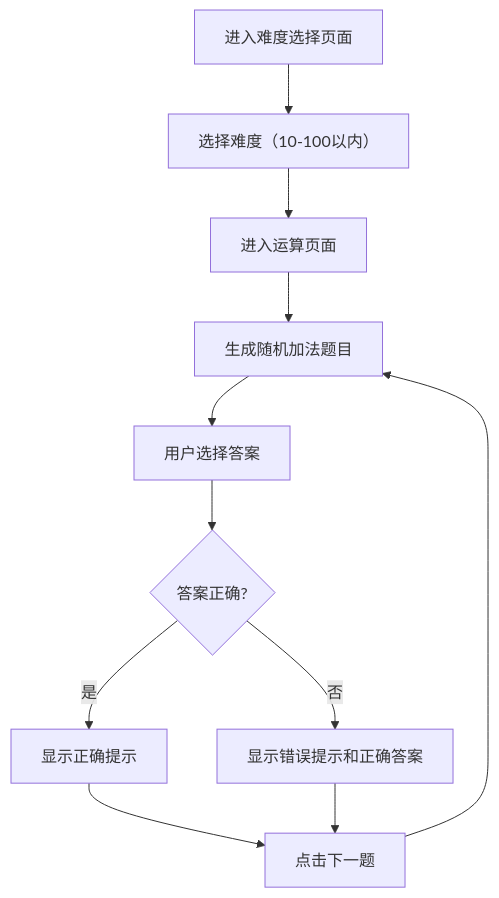
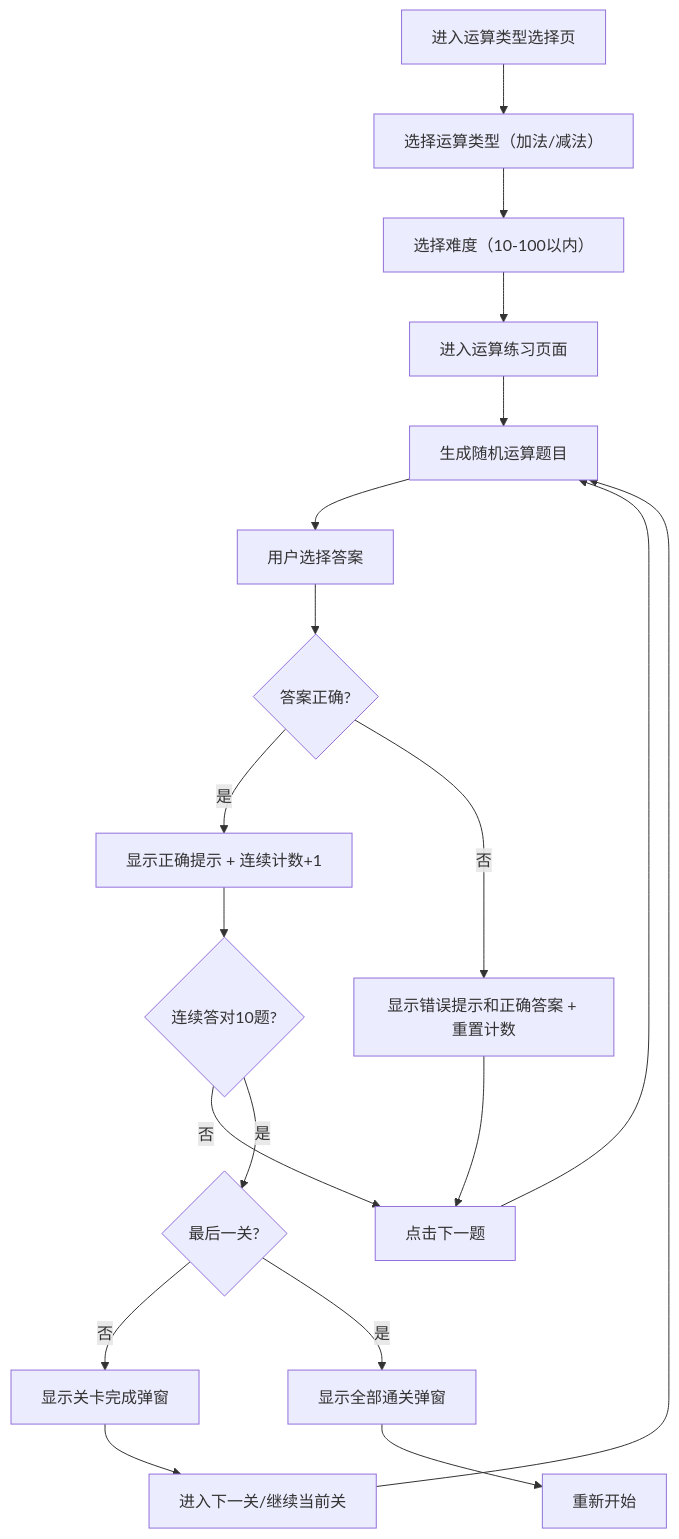
The diagram in .trae/documents/prd.md (boryleeya/math-game), drawn with Mermaid before and after one commit. The commit also changed other lines of this file and 2 other files, not shown here.

````diff
--- a/.trae/documents/prd.md
+++ b/.trae/documents/prd.md
@@ -22,13 +36,21 @@
 ```mermaid
 flowchart TD
-    A["进入难度选择页面"] --> B["选择难度（10-100以内）"]
-    B --> C["进入运算页面"]
-    C --> D["生成随机加法题目"]
-    D --> E["用户选择答案"]
-    E --> F{答案正确?}
-    F -->|是| G["显示正确提示"]
-    F -->|否| H["显示错误提示和正确答案"]
-    G --> I["点击下一题"]
-    H --> I
-    I --> D
+    A["进入运算类型选择页"] --> B["选择运算类型（加法/减法）"]
+    B --> C["选择难度（10-100以内）"]
+    C --> D["进入运算练习页面"]
+    D --> E["生成随机运算题目"]
+    E --> F["用户选择答案"]
+    F --> G{答案正确?}
+    G -->|是| H["显示正确提示 + 连续计数+1"]
+    G -->|否| I["显示错误提示和正确答案 + 重置计数"]
+    H --> J{连续答对10题?}
+    J -->|否| K["点击下一题"]
+    K --> E
+    J -->|是| L{"最后一关?"}
+    L -->|否| M["显示关卡完成弹窗"]
+    L -->|是| N["显示全部通关弹窗"]
+    M --> O["进入下一关/继续当前关"]
+    N --> P["重新开始"]
+    O --> E
+    I --> K
 ```
````
